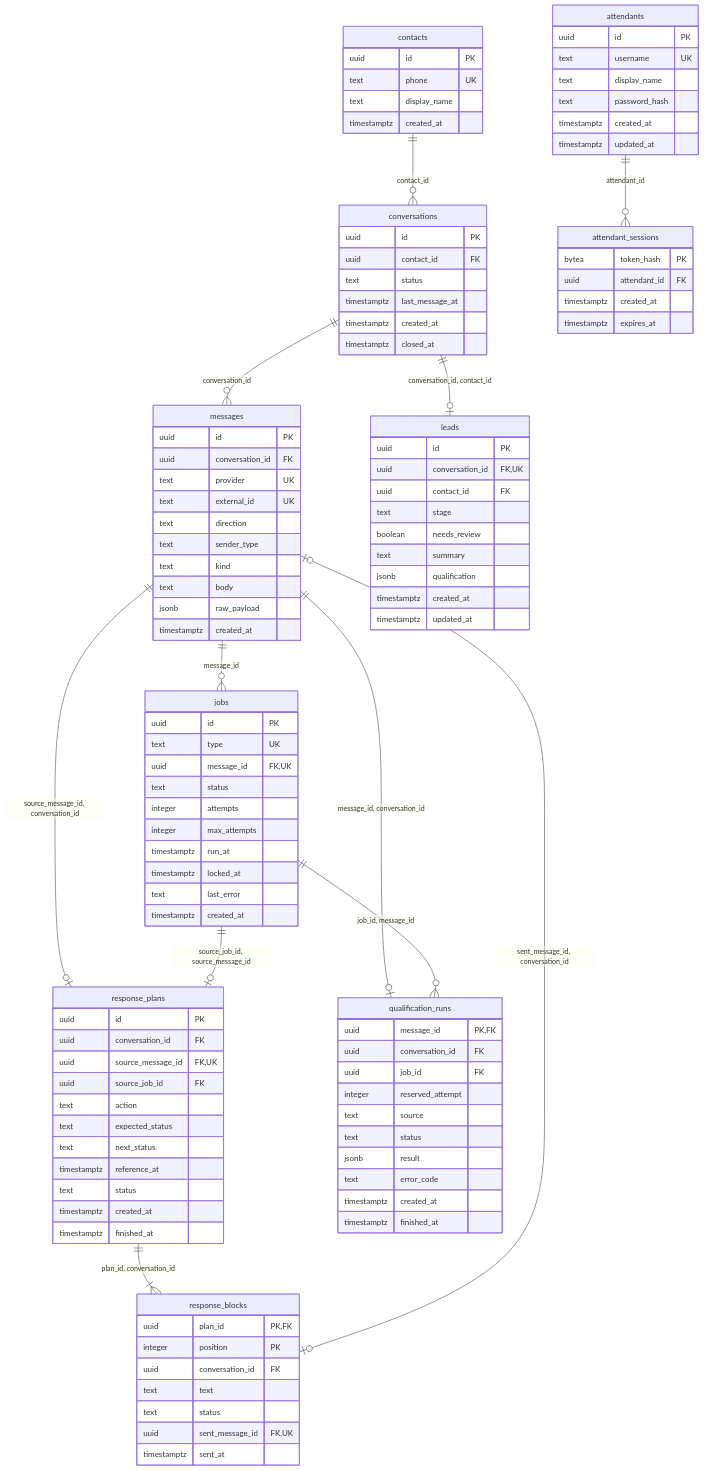
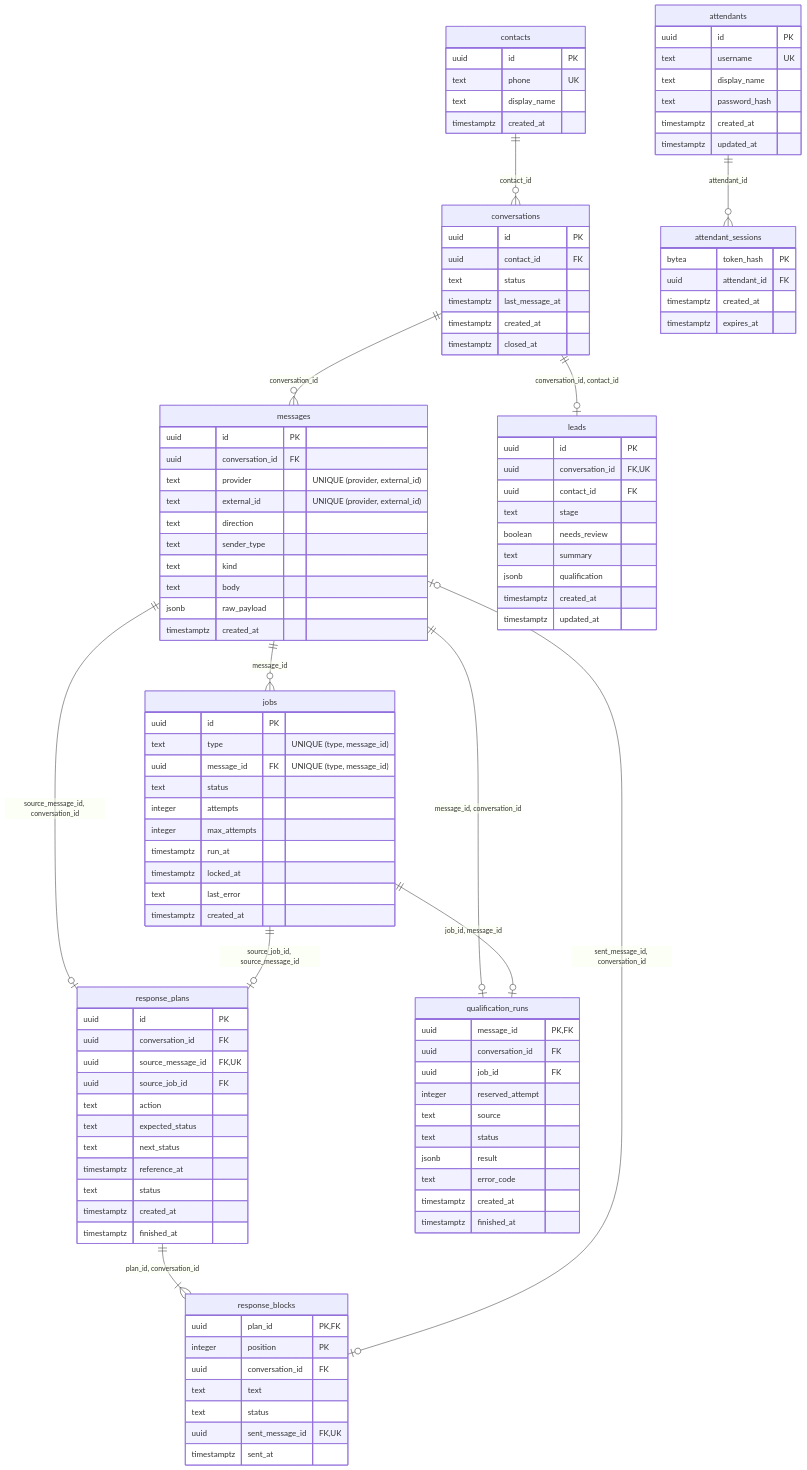
One commit to hugoPereir4/copilot-leads-crm changed the second of 2 diagrams in README.md. Above: the diagram before and after it, drawn with Mermaid. The commit also changed other lines of this file, not shown here.

Commit message:
docs(readme): corrige unicidades compostas no diagrama de dados
Claude-Session: https://claude.ai/code/session_017uHaimCBSCeKENpyBqxh6F

```diff
--- a/README.md
+++ b/README.md
@@ -67,7 +67,7 @@
   messages |o--o| response_blocks : "sent_message_id, conversation_id"
   conversations ||--o| leads : "conversation_id, contact_id"
   messages ||--o| qualification_runs : "message_id, conversation_id"
-  jobs ||--o{ qualification_runs : "job_id, message_id"
+  jobs ||--o| qualification_runs : "job_id, message_id"
   attendants ||--o{ attendant_sessions : "attendant_id"
 
   contacts {
@@ -87,8 +87,8 @@
   messages {
     uuid id PK
     uuid conversation_id FK
-    text provider UK
-    text external_id UK
+    text provider "UNIQUE (provider, external_id)"
+    text external_id "UNIQUE (provider, external_id)"
     text direction
     text sender_type
     text kind
@@ -98,8 +98,8 @@
   }
   jobs {
     uuid id PK
-    text type UK
-    uuid message_id FK, UK
+    text type "UNIQUE (type, message_id)"
+    uuid message_id FK "UNIQUE (type, message_id)"
     text status
     integer attempts
     integer max_attempts
```
